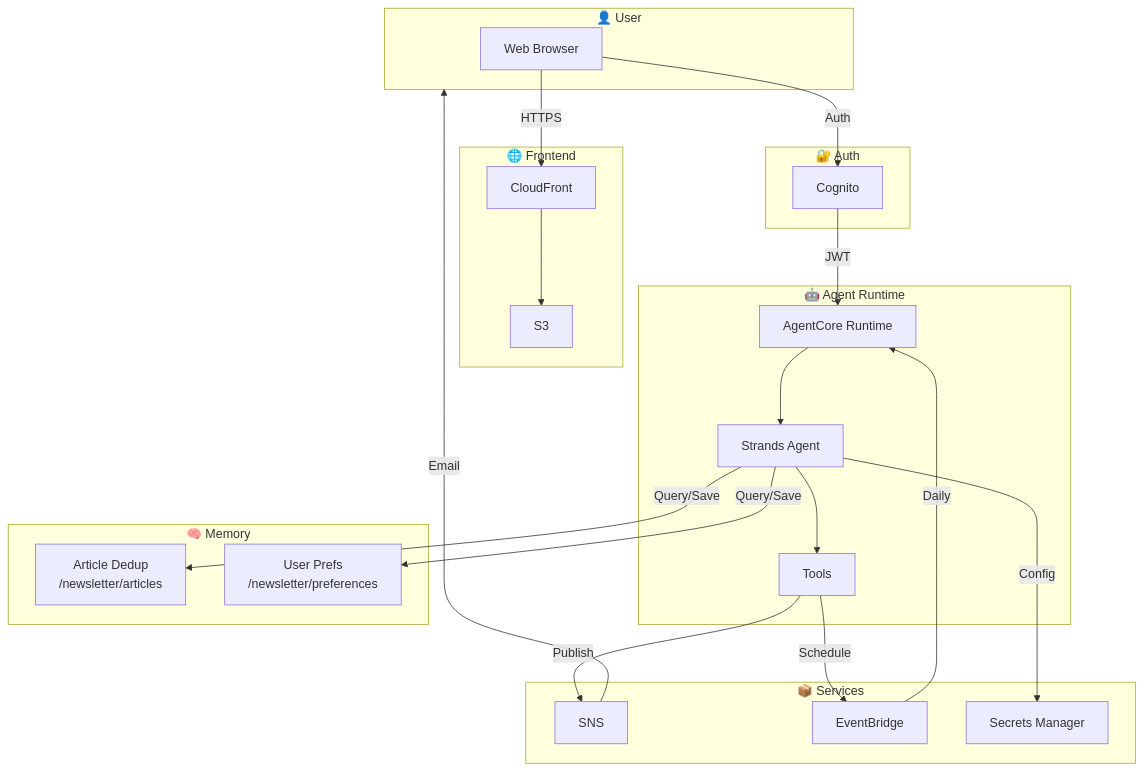
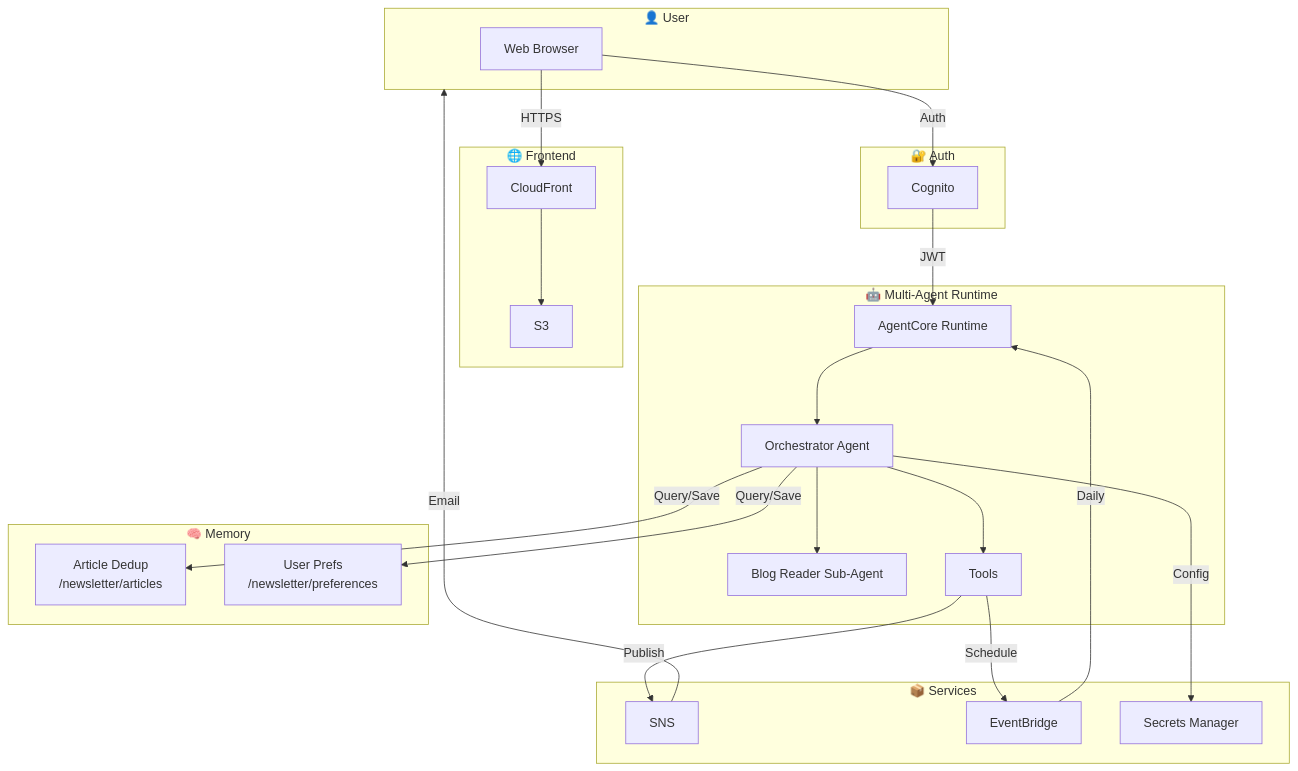
One commit to labeveryday/aws-whats-new-alerts changed the diagram in README.md. Above: the diagram before and after it, drawn with Mermaid. The commit also changed other lines of this file and 4 other files, not shown here.

Commit message:
Added multi-agent

````diff
--- a/README.md
+++ b/README.md
@@ -19,44 +47,46 @@
 ```mermaid
 flowchart TB
     subgraph User["👤 User"]
         Browser["Web Browser"]
     end
 
     subgraph Frontend["🌐 Frontend"]
         CF["CloudFront"] --> S3["S3"]
     end
 
     subgraph Auth["🔐 Auth"]
         Cognito["Cognito"]
     end
 
-    subgraph Agent["🤖 Agent Runtime"]
+    subgraph Agent["🤖 Multi-Agent Runtime"]
         Runtime["AgentCore Runtime"]
-        Strands["Strands Agent"]
+        Orchestrator["Orchestrator Agent"]
+        SubAgent["Blog Reader Sub-Agent"]
         Tools["Tools"]
     end
 
     subgraph Memory["🧠 Memory"]
         Articles["Article Dedup<br/>/newsletter/articles"]
         Prefs["User Prefs<br/>/newsletter/preferences"]
     end
 
     subgraph Services["📦 Services"]
         SNS["SNS"]
         Scheduler["EventBridge"]
         Secrets["Secrets Manager"]
     end
 
     Browser -->|HTTPS| CF
     Browser -->|Auth| Cognito
     Cognito -->|JWT| Runtime
-    Runtime --> Strands
-    Strands --> Tools
-    Strands -->|Query/Save| Articles
-    Strands -->|Query/Save| Prefs
+    Runtime --> Orchestrator
+    Orchestrator --> Tools
+    Orchestrator --> SubAgent
+    Orchestrator -->|Query/Save| Articles
+    Orchestrator -->|Query/Save| Prefs
     Tools -->|Publish| SNS
     Tools -->|Schedule| Scheduler
-    Strands -->|Config| Secrets
+    Orchestrator -->|Config| Secrets
     Scheduler -->|Daily| Runtime
     SNS -->|Email| User
 ```
````
